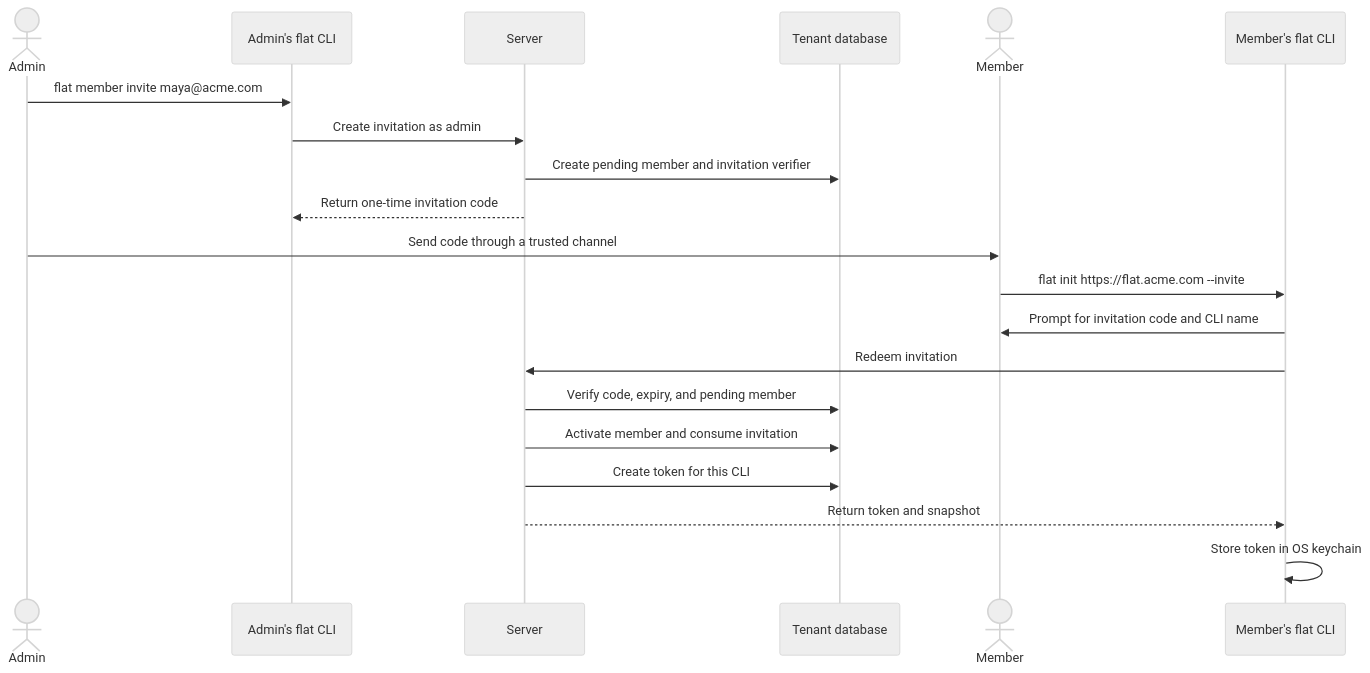
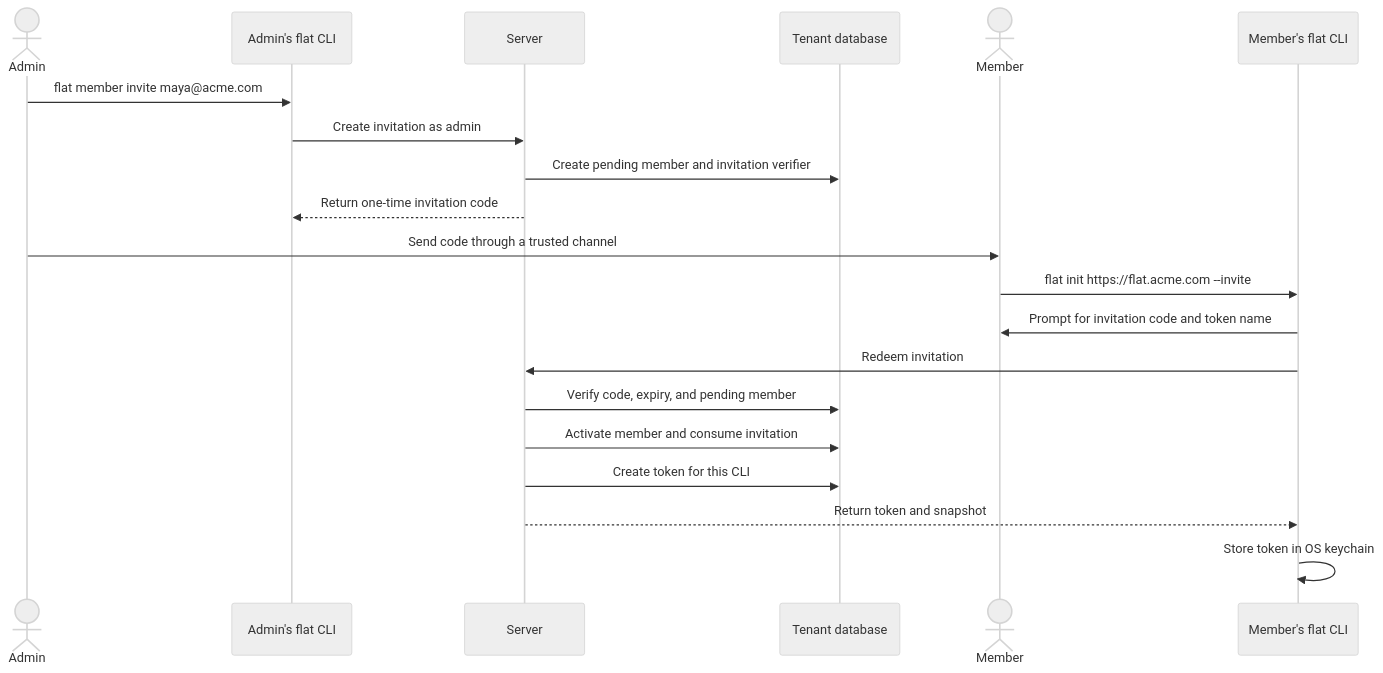
One commit to gshahbazian/flat changed the second of 3 diagrams in docs/002_permissions_system.md. Above: the diagram before and after it, drawn with Mermaid (neutral theme). The commit also changed other lines of this file and 3 other files, not shown here.

````diff
--- a/docs/002_permissions_system.md
+++ b/docs/002_permissions_system.md
@@ -332,24 +332,24 @@
 ```mermaid
 sequenceDiagram
     actor Admin
     participant AdminCLI as Admin's flat CLI
     participant Server
     participant DB as Tenant database
     actor Member
     participant MemberCLI as Member's flat CLI
 
     Admin->>AdminCLI: flat member invite maya@acme.com
     AdminCLI->>Server: Create invitation as admin
     Server->>DB: Create pending member and invitation verifier
     Server-->>AdminCLI: Return one-time invitation code
     Admin->>Member: Send code through a trusted channel
 
     Member->>MemberCLI: flat init https://flat.acme.com --invite
-    MemberCLI->>Member: Prompt for invitation code and CLI name
+    MemberCLI->>Member: Prompt for invitation code and token name
     MemberCLI->>Server: Redeem invitation
     Server->>DB: Verify code, expiry, and pending member
     Server->>DB: Activate member and consume invitation
     Server->>DB: Create token for this CLI
     Server-->>MemberCLI: Return token and snapshot
     MemberCLI->>MemberCLI: Store token in OS keychain
 ```
````
